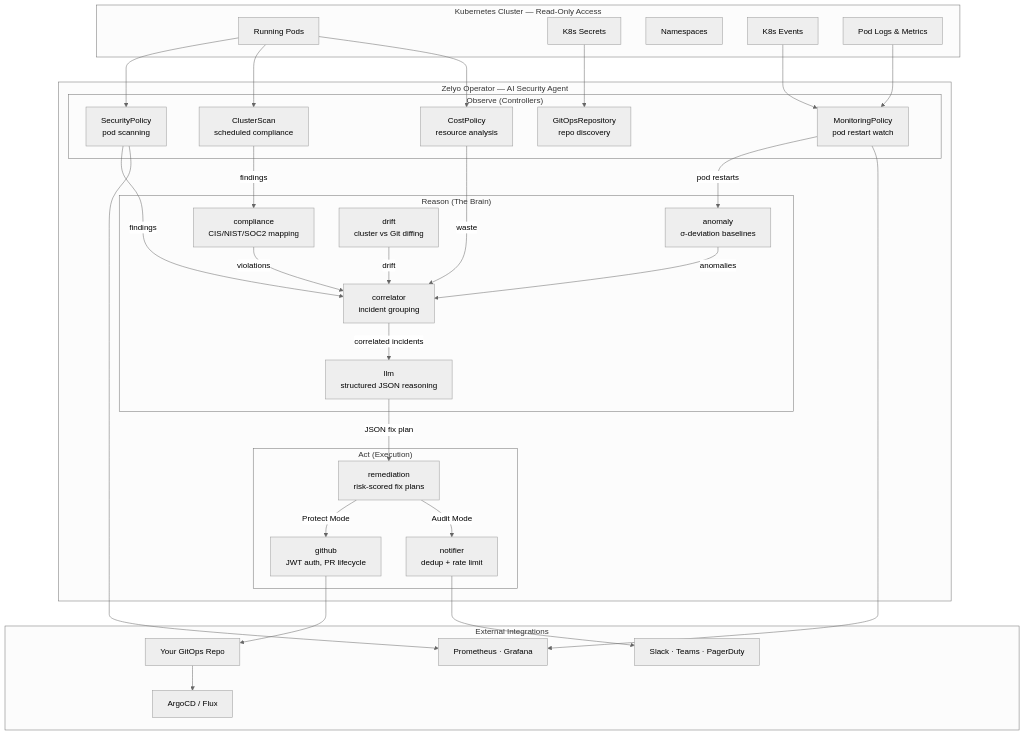
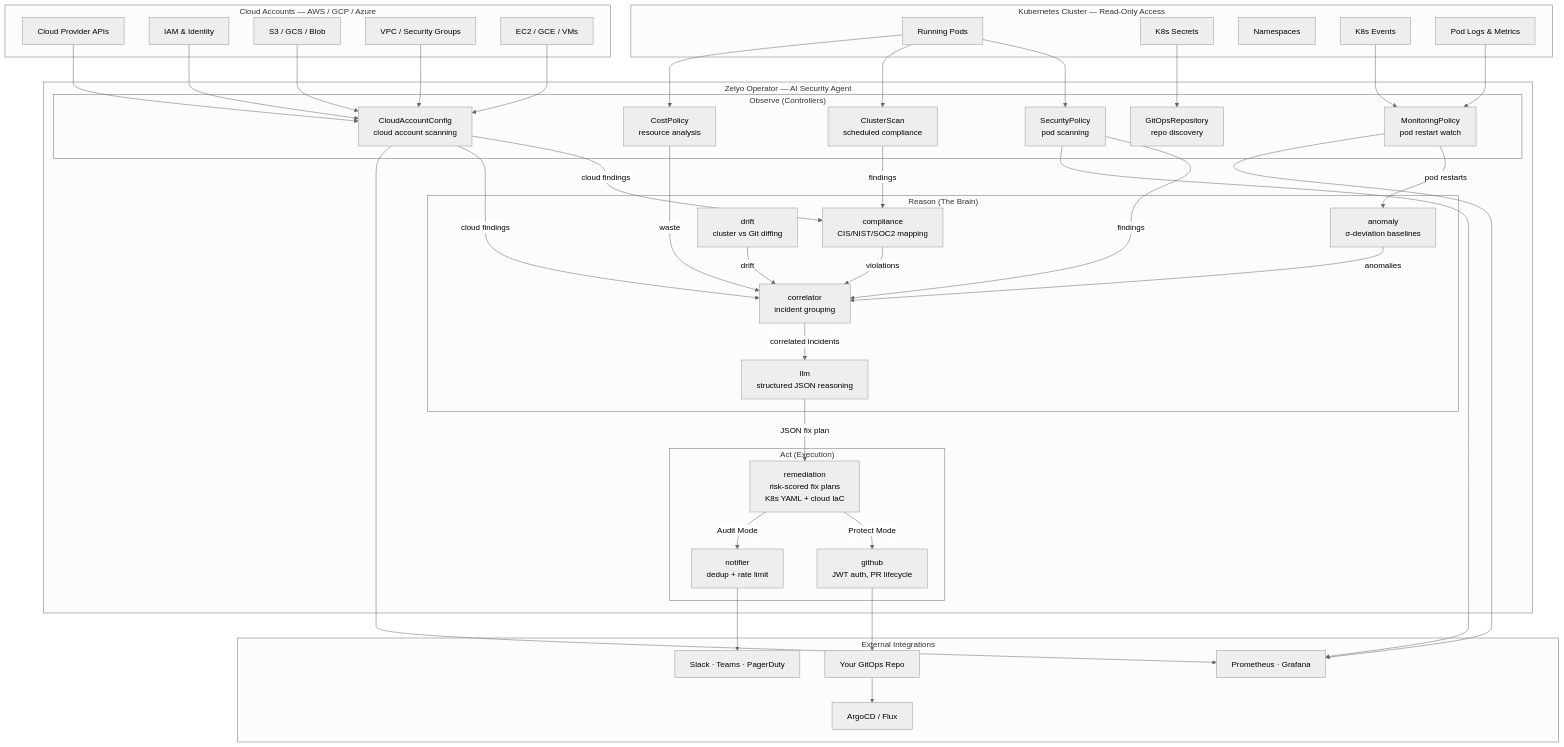
The first of 2 diagrams in docs/architecture.md (aotanami/aotanami), drawn with Mermaid (neutral theme) before and after one commit. The commit also changed other lines of this file and 92 other files, not shown here.

First line of the commit message:
feat: add multi-cloud security scanning with 48 AWS checks across 6 CNAPP categories

````diff
--- a/docs/architecture.md
+++ b/docs/architecture.md
@@ -28,63 +29,75 @@
 ```mermaid
 graph TB
     subgraph "Kubernetes Cluster — Read-Only Access"
         Pods[Running Pods]
         Secrets[K8s Secrets]
         NS[Namespaces]
         Events[K8s Events]
         Logs[Pod Logs & Metrics]
     end
 
+    subgraph "Cloud Accounts — AWS / GCP / Azure"
+        CloudAPIs[Cloud Provider APIs]
+        IAM[IAM & Identity]
+        Storage[S3 / GCS / Blob]
+        Network[VPC / Security Groups]
+        Compute[EC2 / GCE / VMs]
+    end
+
     subgraph "Zelyo Operator — AI Security Agent"
         subgraph "Observe (Controllers)"
             SecPolCtrl["SecurityPolicy<br/>pod scanning"]
+            CloudCtrl["CloudAccountConfig<br/>cloud account scanning"]
             MonCtrl["MonitoringPolicy<br/>pod restart watch"]
             ScanCtrl["ClusterScan<br/>scheduled compliance"]
             CostCtrl["CostPolicy<br/>resource analysis"]
             GitCtrl["GitOpsRepository<br/>repo discovery"]
         end
 
         subgraph "Reason (The Brain)"
             AD["anomaly<br/>σ-deviation baselines"]
             CE["correlator<br/>incident grouping"]
             CF["compliance<br/>CIS/NIST/SOC2 mapping"]
             LD["drift<br/>cluster vs Git diffing"]
             LLM["llm<br/>structured JSON reasoning"]
         end
 
         subgraph "Act (Execution)"
-            RE["remediation<br/>risk-scored fix plans"]
+            RE["remediation<br/>risk-scored fix plans<br/>K8s YAML + cloud IaC"]
             GH["github<br/>JWT auth, PR lifecycle"]
             NF["notifier<br/>dedup + rate limit"]
         end
     end
 
     subgraph "External Integrations"
         GitHub["Your GitOps Repo"]
         Alerts["Slack · Teams · PagerDuty"]
         Prometheus["Prometheus · Grafana"]
         ArgoFlux["ArgoCD / Flux"]
     end
 
     Pods --> SecPolCtrl & ScanCtrl & CostCtrl
     Events & Logs --> MonCtrl
     Secrets --> GitCtrl
+    CloudAPIs & IAM & Storage & Network & Compute --> CloudCtrl
 
     SecPolCtrl -->|findings| CE
+    CloudCtrl -->|cloud findings| CF
+    CloudCtrl -->|cloud findings| CE
     MonCtrl -->|pod restarts| AD
     ScanCtrl -->|findings| CF
     AD -->|anomalies| CE
     CF -->|violations| CE
     CostCtrl -->|waste| CE
     LD -->|drift| CE
 
     CE -->|correlated incidents| LLM
     LLM -->|JSON fix plan| RE
 
     RE -->|Protect Mode| GH
     RE -->|Audit Mode| NF
     GH --> GitHub
     GitHub --> ArgoFlux
     NF --> Alerts
-    SecPolCtrl & MonCtrl --> Prometheus
+    SecPolCtrl & MonCtrl & CloudCtrl --> Prometheus
 ```
````
